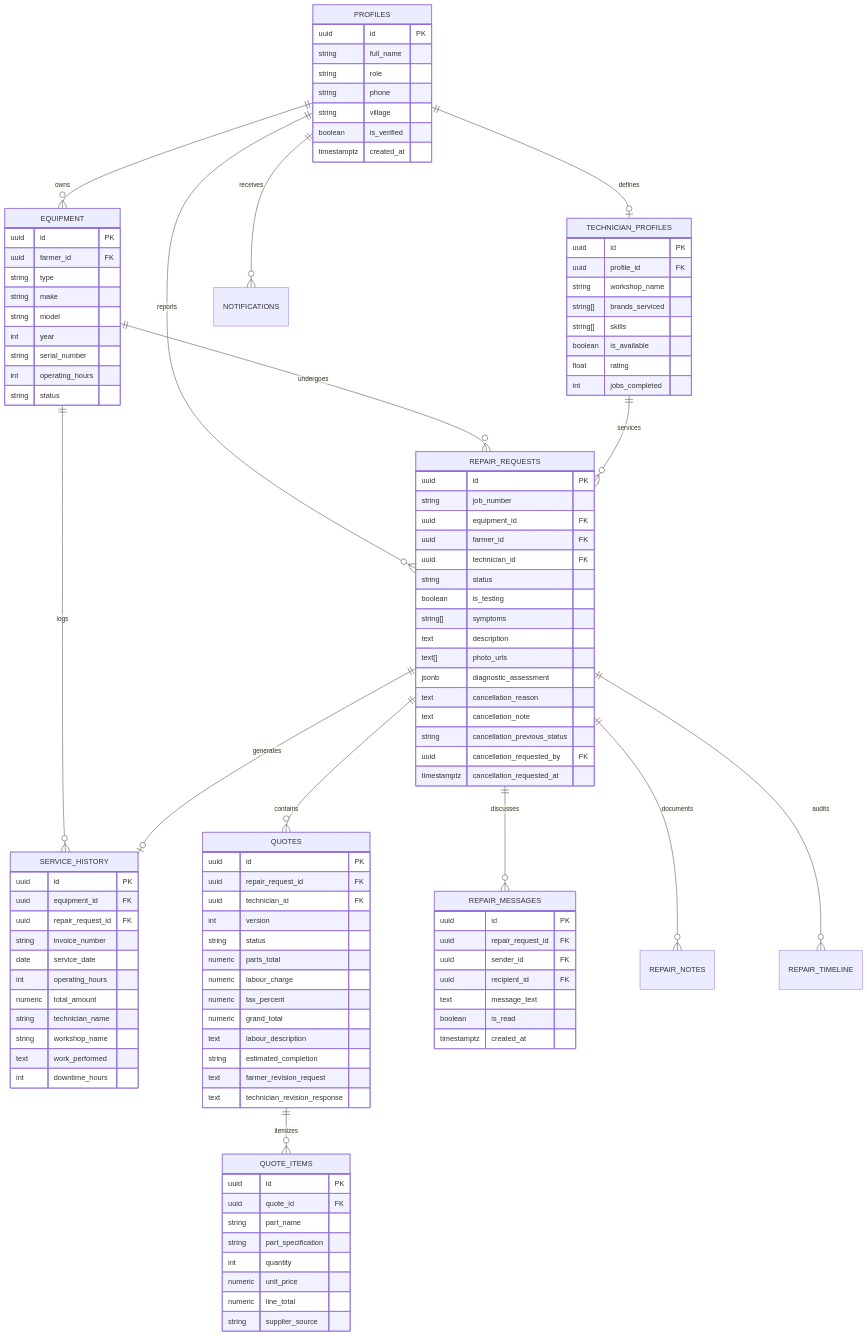
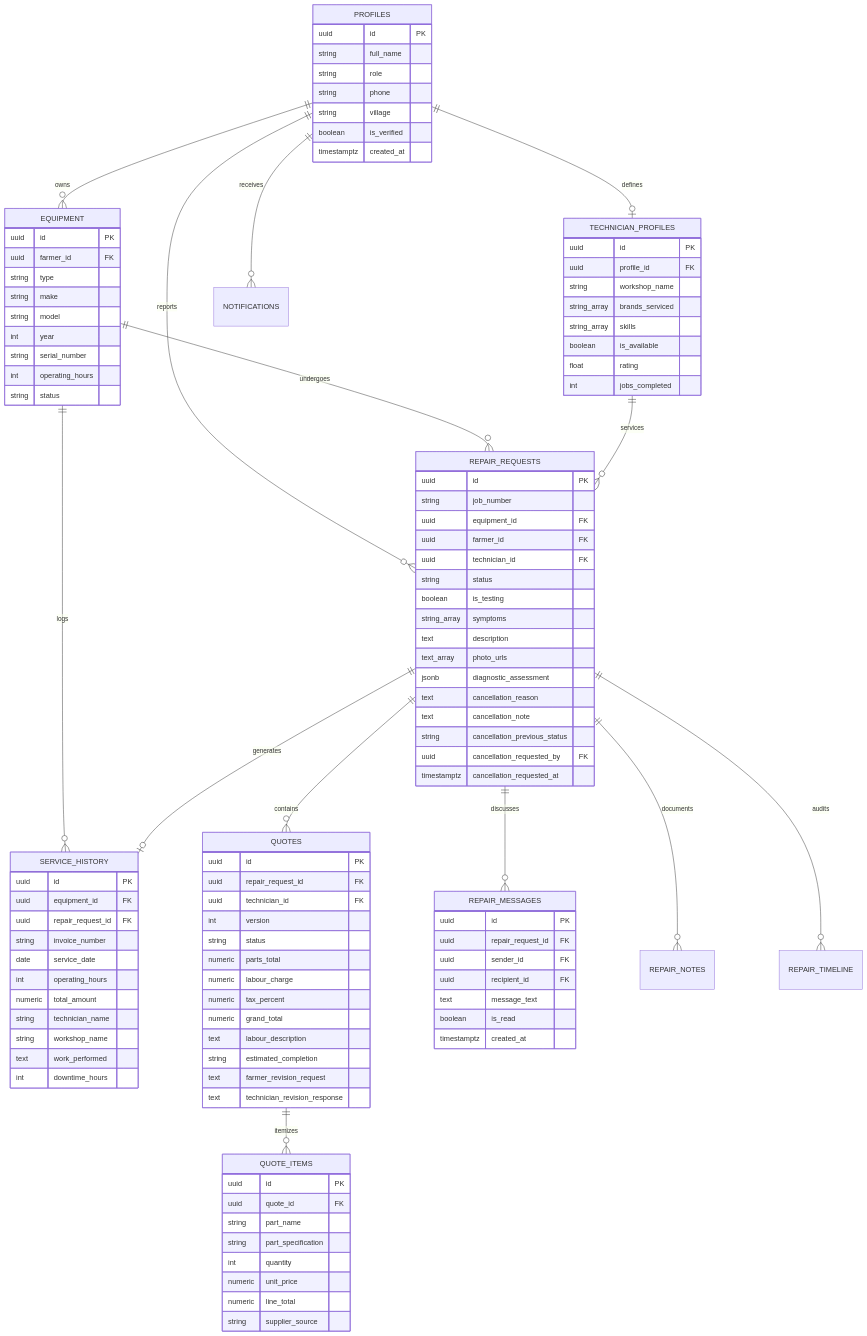
The third of 5 diagrams in ARCHITECTURE.md (ankitchamke/TerraByte), drawn with Mermaid before and after one commit. The commit also changed other lines of this file and 2 other files, not shown here.

Commit message:
docs: fix mermaid diagram syntax for GitHub renderer

```diff
--- a/ARCHITECTURE.md
+++ b/ARCHITECTURE.md
@@ -124,8 +124,8 @@
         uuid id PK
         uuid profile_id FK
         string workshop_name
-        string[] brands_serviced
-        string[] skills
+        string_array brands_serviced
+        string_array skills
         boolean is_available
         float rating
         int jobs_completed
@@ -151,9 +151,9 @@
         uuid technician_id FK
         string status
         boolean is_testing
-        string[] symptoms
+        string_array symptoms
         text description
-        text[] photo_urls
+        text_array photo_urls
         jsonb diagnostic_assessment
         text cancellation_reason
         text cancellation_note
```
